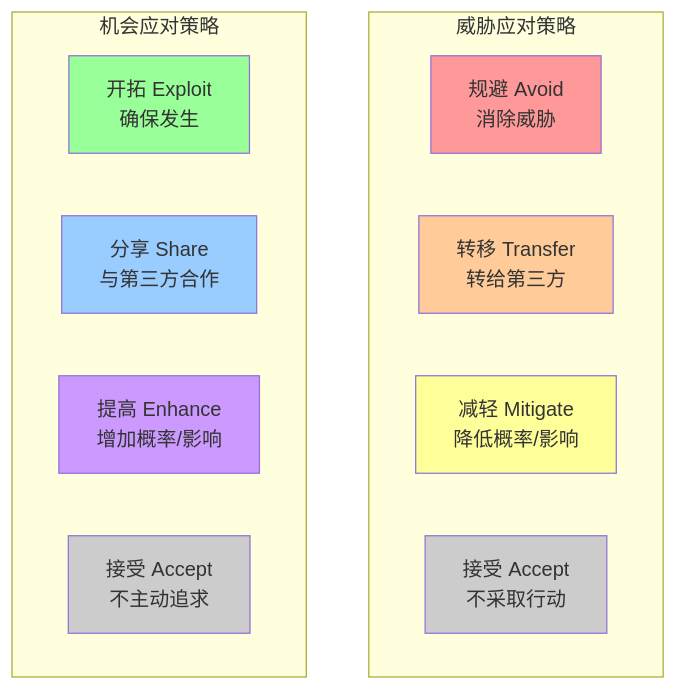
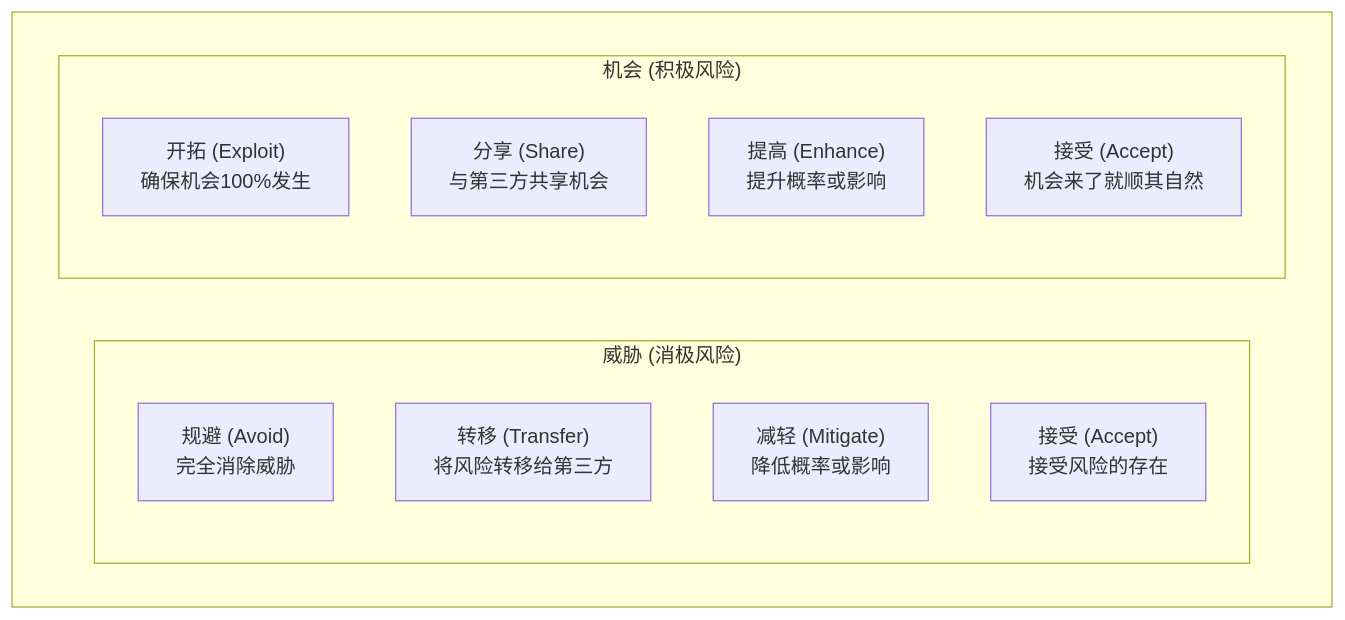
One commit to 7kolor/pmp-notes changed the fourth of 4 diagrams in notes/02-过程域核心考点精解.md. Above: the diagram before and after it, drawn with Mermaid. The commit also changed other lines of this file and 9 other files, not shown here.

````diff
--- a/notes/02-过程域核心考点精解.md
+++ b/notes/02-过程域核心考点精解.md
@@ -284,25 +272,18 @@
-    ```mermaid
-    graph TB
-        subgraph 威胁应对策略
-            A1[规避 Avoid<br/>消除威胁]
-            A2[转移 Transfer<br/>转给第三方]
-            A3[减轻 Mitigate<br/>降低概率/影响]
-            A4[接受 Accept<br/>不采取行动]
+```mermaid
+graph TD
+    subgraph " "
+        direction LR
+        subgraph "威胁 (消极风险)"
+            A1["规避 (Avoid)<br>完全消除威胁"]
+            A2["转移 (Transfer)<br>将风险转移给第三方"]
+            A3["减轻 (Mitigate)<br>降低概率或影响"]
+            A4["接受 (Accept)<br>接受风险的存在"]
         end
-        
-        subgraph 机会应对策略
-            O1[开拓 Exploit<br/>确保发生]
-            O2[分享 Share<br/>与第三方合作]
-            O3[提高 Enhance<br/>增加概率/影响]
-            O4[接受 Accept<br/>不主动追求]
+        subgraph "机会 (积极风险)"
+            O1["开拓 (Exploit)<br>确保机会100%发生"]
+            O2["分享 (Share)<br>与第三方共享机会"]
+            O3["提高 (Enhance)<br>提升概率或影响"]
+            O4["接受 (Accept)<br>机会来了就顺其自然"]
         end
-        
-        style A1 fill:#ff9999
-        style A2 fill:#ffcc99
-        style A3 fill:#ffff99
-        style A4 fill:#cccccc
-        style O1 fill:#99ff99
-        style O2 fill:#99ccff
-        style O3 fill:#cc99ff
-        style O4 fill:#cccccc
-    ```
+    end
+```
````
